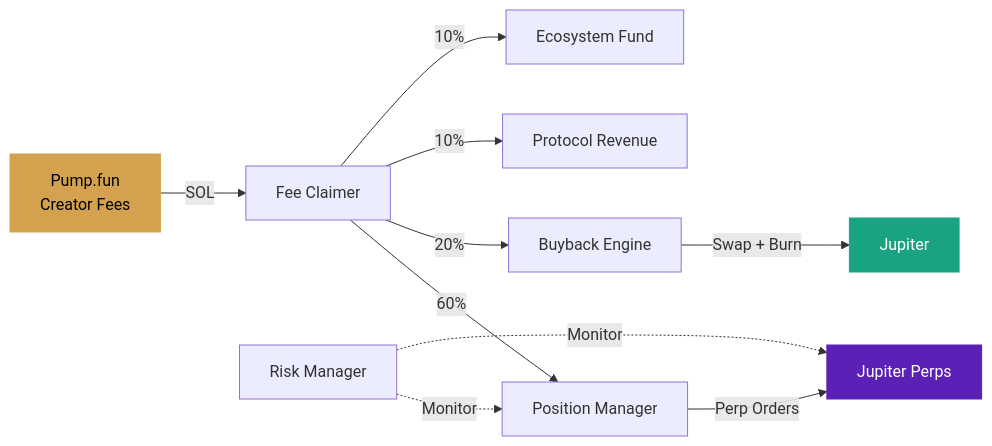
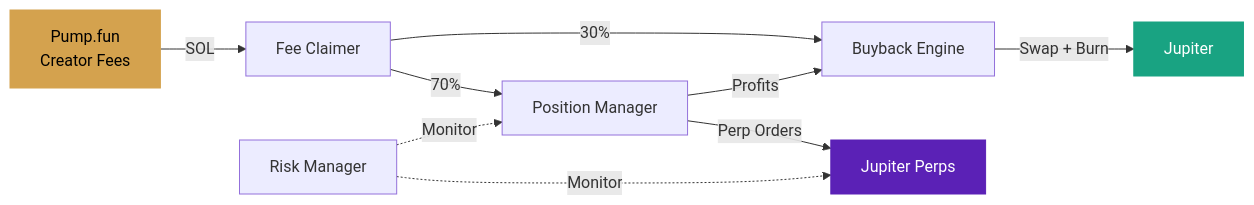
Before and after one commit to FissionDotFunSOL/fission: the diagram in README.md, drawn with Mermaid. The commit also changed other lines of this file and 3 other files, not shown here.

````diff
--- a/README.md
+++ b/README.md
@@ -141,16 +139,15 @@
 ```mermaid
 graph LR
     A["Pump.fun<br/>Creator Fees"] -->|SOL| B["Fee Claimer"]
-    B -->|60%| C["Position Manager"]
-    B -->|20%| D["Buyback Engine"]
-    B -->|10%| E["Protocol Revenue"]
-    B -->|10%| F["Ecosystem Fund"]
+    B -->|70%| C["Position Manager"]
+    B -->|30%| D["Buyback Engine"]
     C -->|Perp Orders| G["Jupiter Perps"]
+    C -->|Profits| D
     D -->|Swap + Burn| H["Jupiter"]
     I["Risk Manager"] -.->|Monitor| C
     I -.->|Monitor| G
 
     style A fill:#D4A24E,stroke:#D4A24E,color:#000
     style G fill:#5B21B6,stroke:#5B21B6,color:#fff
     style H fill:#19A382,stroke:#19A382,color:#fff
 ```
````
